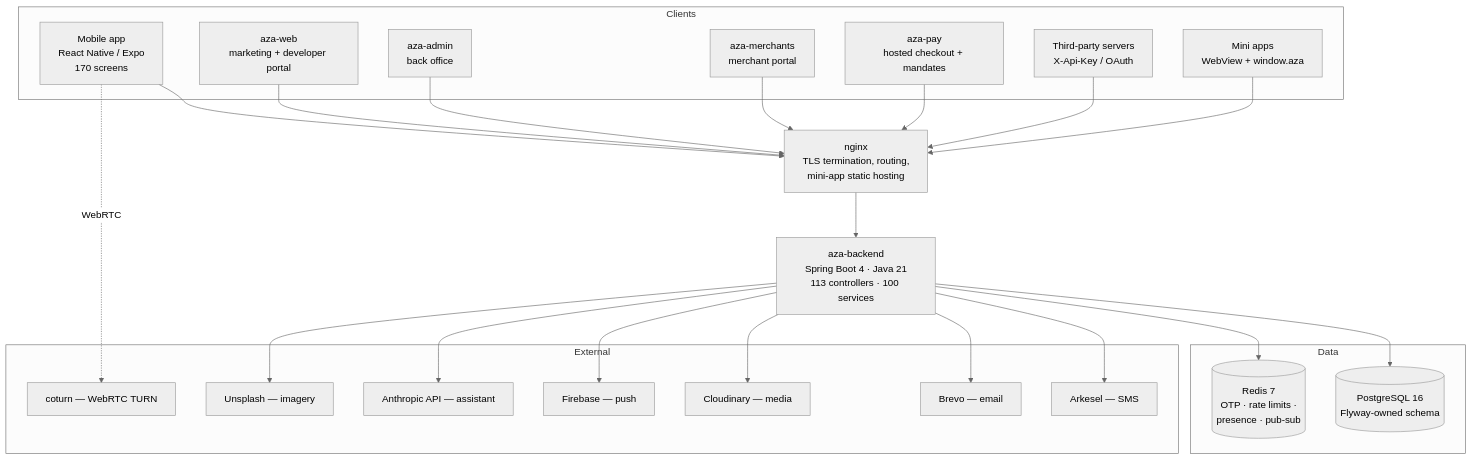
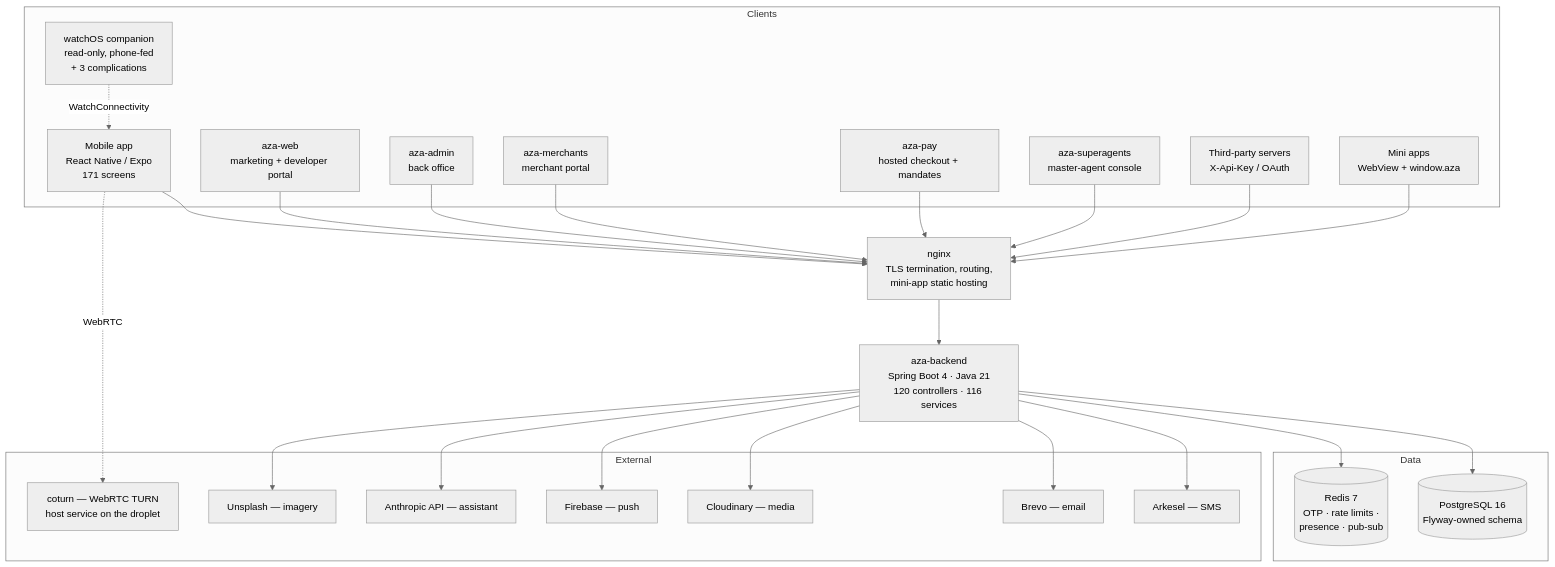
Before and after one commit to AZ-SPACES/project404: the first of 3 diagrams in docs/thesis/04-system-architecture.md, drawn with Mermaid (neutral theme). The commit also changed other lines of this file and 16 other files, not shown here.

Commit message:
docs: update thesis documentation to include the new aza-superagents console and account-scoped mobile persistence

````diff
--- a/docs/thesis/04-system-architecture.md
+++ b/docs/thesis/04-system-architecture.md
@@ -8,49 +13,53 @@
 ```mermaid
 graph TB
   subgraph Clients
-    M["Mobile app<br/>React Native / Expo<br/>170 screens"]
+    M["Mobile app<br/>React Native / Expo<br/>171 screens"]
+    WA["watchOS companion<br/>read-only, phone-fed<br/>+ 3 complications"]
     W["aza-web<br/>marketing + developer portal"]
     A["aza-admin<br/>back office"]
     ME["aza-merchants<br/>merchant portal"]
     P["aza-pay<br/>hosted checkout + mandates"]
+    SA["aza-superagents<br/>master-agent console"]
     T["Third-party servers<br/>X-Api-Key / OAuth"]
     MA["Mini apps<br/>WebView + window.aza"]
   end
 
   N["nginx<br/>TLS termination, routing,<br/>mini-app static hosting"]
 
-  B["aza-backend<br/>Spring Boot 4 · Java 21<br/>113 controllers · 100 services"]
+  B["aza-backend<br/>Spring Boot 4 · Java 21<br/>120 controllers · 116 services"]
 
   subgraph Data
     PG[("PostgreSQL 16<br/>Flyway-owned schema")]
     R[("Redis 7<br/>OTP · rate limits ·<br/>presence · pub-sub")]
   end
 
   subgraph External
     ARK["Arkesel — SMS"]
     BRE["Brevo — email"]
     CLD["Cloudinary — media"]
     FCM["Firebase — push"]
-    TURN["coturn — WebRTC TURN"]
+    TURN["coturn — WebRTC TURN<br/>host service on the droplet"]
     ANT["Anthropic API — assistant"]
     UNS["Unsplash — imagery"]
   end
 
   M --> N
+  WA -.WatchConnectivity.-> M
+  SA --> N
   W --> N
   A --> N
   ME --> N
   P --> N
   T --> N
   MA --> N
   N --> B
   B --> PG
   B --> R
   B --> ARK
   B --> BRE
   B --> CLD
   B --> FCM
   B --> ANT
   B --> UNS
   M -.WebRTC.-> TURN
 ```
````
